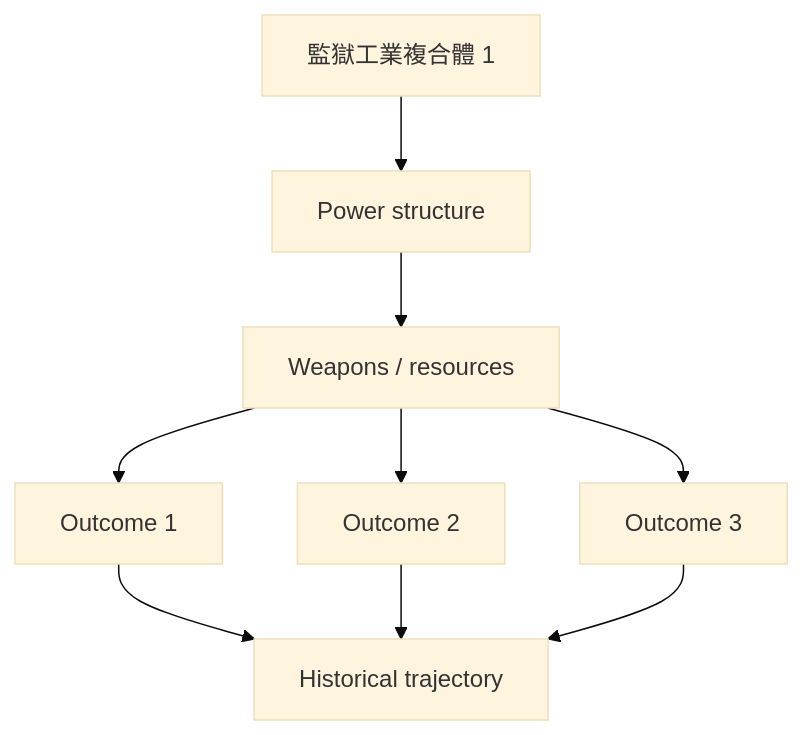
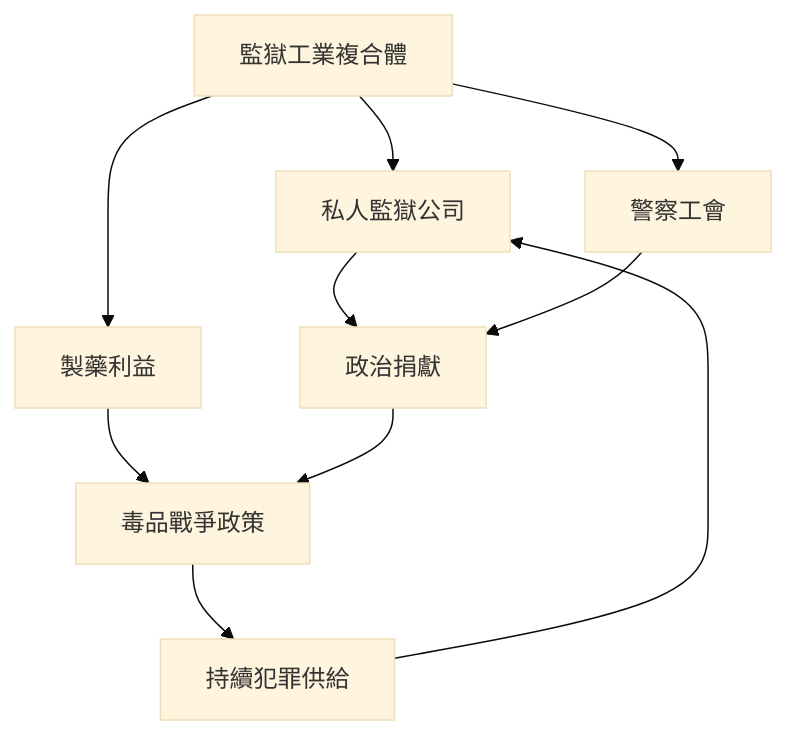
Before and after one commit to yip-lgtm/HKU-Harvard-History-Self-Study: the second of 10 diagrams in 02_Harvard_Courses/Fall_Courses/Hist124_Law_and_Order_America.md, drawn with Mermaid (base theme). The commit also changed other lines of this file and 65 other files, not shown here.

````diff
--- a/02_Harvard_Courses/Fall_Courses/Hist124_Law_and_Order_America.md
+++ b/02_Harvard_Courses/Fall_Courses/Hist124_Law_and_Order_America.md
@@ -146,11 +145,12 @@
 ```mermaid
 graph TD
-    A[監獄工業複合體 1] --> B[Power structure]
-    B --> C[Weapons / resources]
-    C --> D[Outcome 1]
-    C --> E[Outcome 2]
-    C --> F[Outcome 3]
-    D --> G[Historical trajectory]
-    E --> G
-    F --> G
+    A[監獄工業複合體] --> B[私人監獄公司]
+    A --> C[警察工會]
+    A --> D[製藥利益]
+    B --> E[政治捐獻]
+    C --> E
+    D --> F[毒品戰爭政策]
+    E --> F
+    F --> G[持續犯罪供給]
+    G --> B
 ```
````
